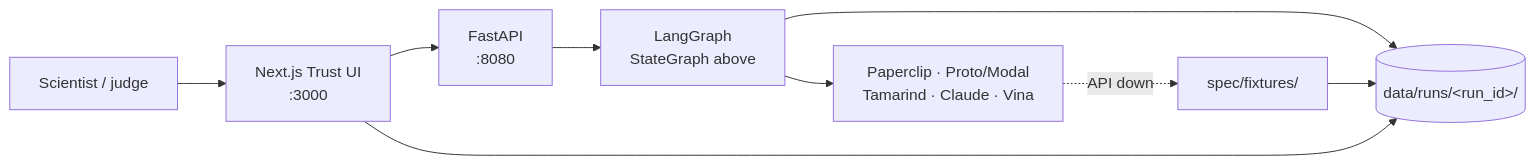
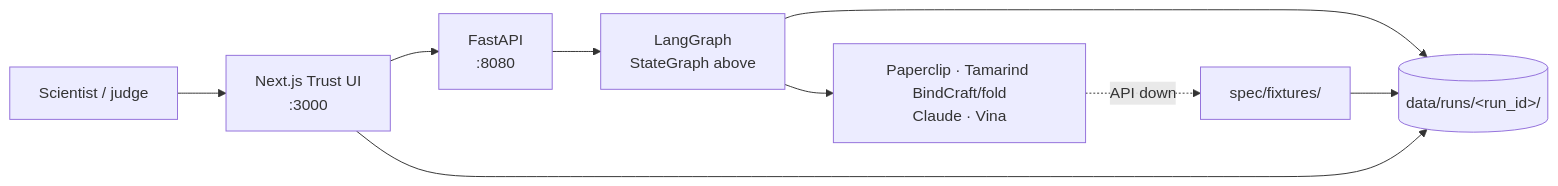
One commit to pramodthe/idoctor-design changed the second of 2 diagrams in README.md. Above: the diagram before and after it, drawn with Mermaid. The commit also changed other lines of this file and 36 other files, not shown here.

````diff
--- a/README.md
+++ b/README.md
@@ -124,11 +126,11 @@
 ```mermaid
 flowchart LR
   User["Scientist / judge"] --> FE["Next.js Trust UI<br/>:3000"]
   FE --> BE["FastAPI<br/>:8080"]
   BE --> LG["LangGraph<br/>StateGraph above"]
   LG --> Runs[("data/runs/&lt;run_id&gt;/")]
   FE --> Runs
-  LG --> Partners["Paperclip · Proto/Modal<br/>Tamarind · Claude · Vina"]
+  LG --> Partners["Paperclip · Tamarind BindCraft/fold<br/>Claude · Vina"]
   Partners -.->|API down| FX["spec/fixtures/"]
   FX --> Runs
 ```
````
